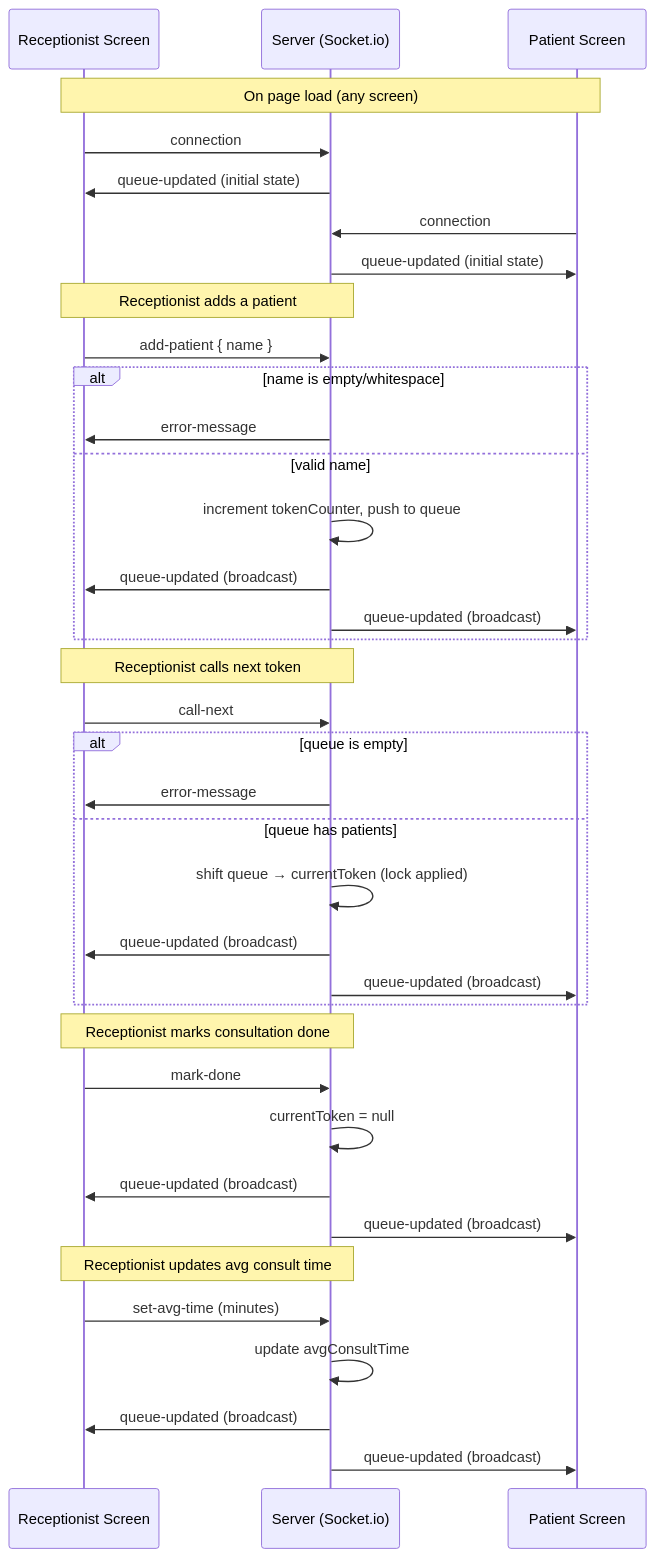
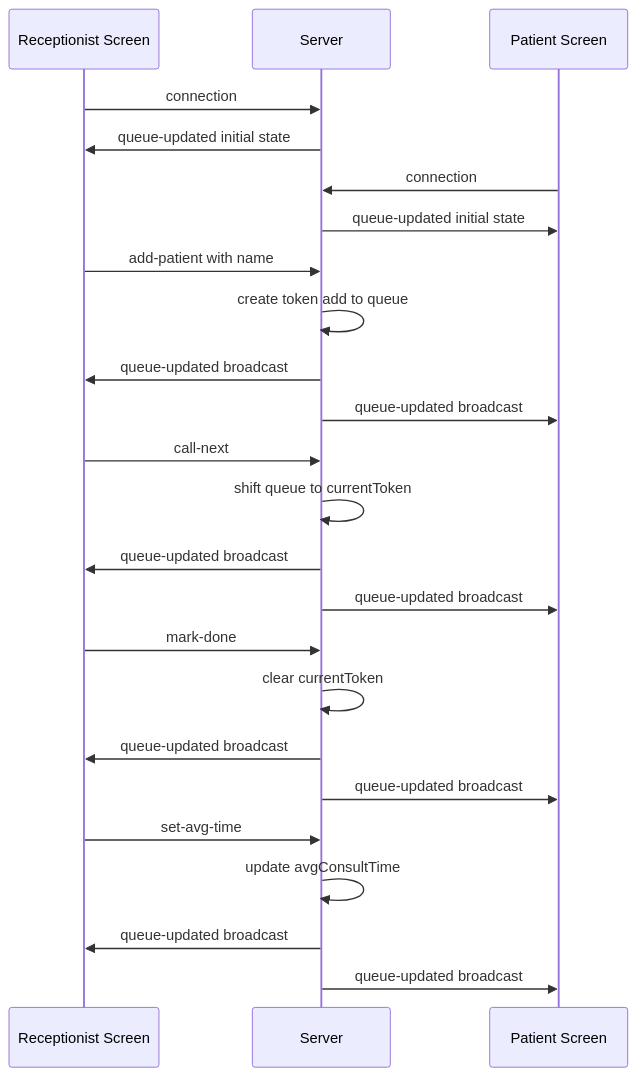
One commit to Olive-24/queue-cure-26 changed the diagram in SOCKET_EVENTS.md. Above: the diagram before and after it, drawn with Mermaid.

Commit message:
Fix mermaid diagram rendering

````diff
--- a/SOCKET_EVENTS.md
+++ b/SOCKET_EVENTS.md
@@ -5,44 +5,31 @@
 ```mermaid
 sequenceDiagram
     participant R as Receptionist Screen
-    participant S as Server (Socket.io)
+    participant S as Server
     participant P as Patient Screen
 
-    Note over R,P: On page load (any screen)
     R->>S: connection
-    S->>R: queue-updated (initial state)
+    S->>R: queue-updated initial state
     P->>S: connection
-    S->>P: queue-updated (initial state)
+    S->>P: queue-updated initial state
 
-    Note over R,S: Receptionist adds a patient
-    R->>S: add-patient { name }
-    alt name is empty/whitespace
-        S->>R: error-message
-    else valid name
-        S->>S: increment tokenCounter, push to queue
-        S->>R: queue-updated (broadcast)
-        S->>P: queue-updated (broadcast)
-    end
+    R->>S: add-patient with name
+    S->>S: create token add to queue
+    S->>R: queue-updated broadcast
+    S->>P: queue-updated broadcast
 
-    Note over R,S: Receptionist calls next token
     R->>S: call-next
-    alt queue is empty
-        S->>R: error-message
-    else queue has patients
-        S->>S: shift queue → currentToken (lock applied)
-        S->>R: queue-updated (broadcast)
-        S->>P: queue-updated (broadcast)
-    end
+    S->>S: shift queue to currentToken
+    S->>R: queue-updated broadcast
+    S->>P: queue-updated broadcast
 
-    Note over R,S: Receptionist marks consultation done
     R->>S: mark-done
-    S->>S: currentToken = null
-    S->>R: queue-updated (broadcast)
-    S->>P: queue-updated (broadcast)
+    S->>S: clear currentToken
+    S->>R: queue-updated broadcast
+    S->>P: queue-updated broadcast
 
-    Note over R,S: Receptionist updates avg consult time
-    R->>S: set-avg-time (minutes)
+    R->>S: set-avg-time
     S->>S: update avgConsultTime
-    S->>R: queue-updated (broadcast)
-    S->>P: queue-updated (broadcast)
+    S->>R: queue-updated broadcast
+    S->>P: queue-updated broadcast
 ```
````
